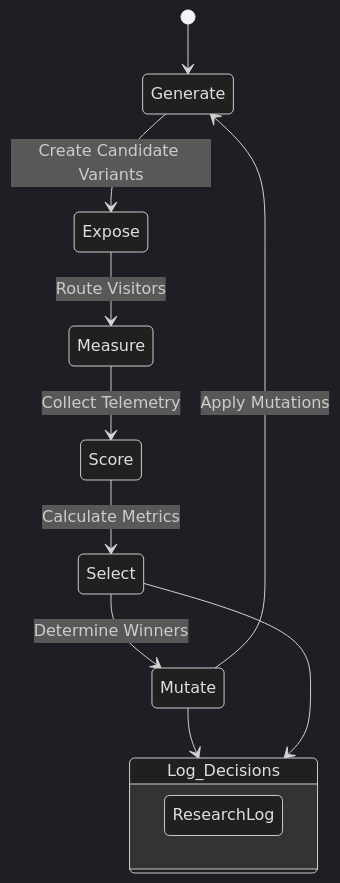
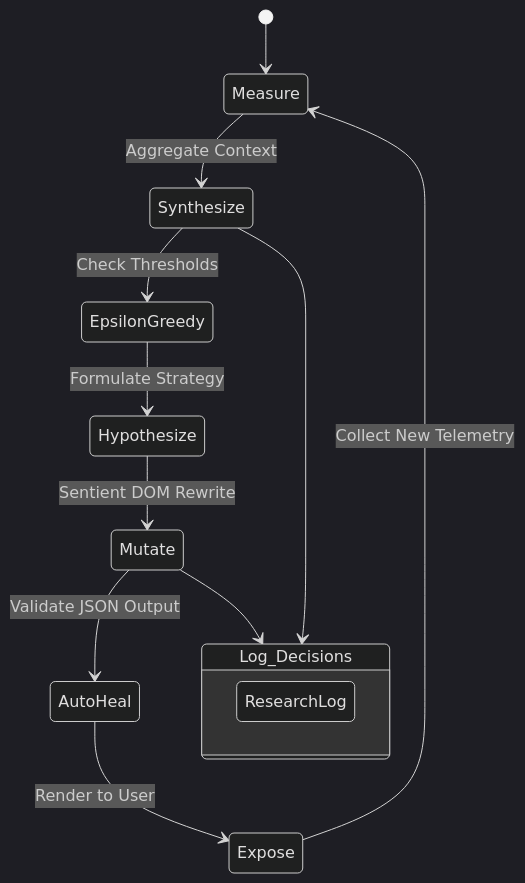
The diagram in docs/FEEDBACK_LOOP.md (Dachkovski/darwin_page), drawn with Mermaid (dark theme) before and after one commit. The commit also changed other lines of this file and 15 other files, not shown here.

First line of the commit message:
feat(evolution): major refactoring and architecture upgrade

````diff
--- a/docs/FEEDBACK_LOOP.md
+++ b/docs/FEEDBACK_LOOP.md
@@ -7,18 +7,19 @@
 ```mermaid
 stateDiagram-v2
-    [*] --> Generate
+    [*] --> Measure
     
-    Generate --> Expose : Create Candidate Variants
-    Expose --> Measure : Route Visitors
-    Measure --> Score : Collect Telemetry
-    Score --> Select : Calculate Metrics
-    Select --> Mutate : Determine Winners
-    Mutate --> Generate : Apply Mutations
+    Measure --> Synthesize : Aggregate Context
+    Synthesize --> EpsilonGreedy : Check Thresholds
+    EpsilonGreedy --> Hypothesize : Formulate Strategy
+    Hypothesize --> Mutate : Sentient DOM Rewrite
+    Mutate --> AutoHeal : Validate JSON Output
+    AutoHeal --> Expose : Render to User
+    Expose --> Measure : Collect New Telemetry
     
     state Log_Decisions {
         Log: ResearchLog
     }
     
     Mutate --> Log_Decisions
-    Select --> Log_Decisions
+    Synthesize --> Log_Decisions
 ```
````
